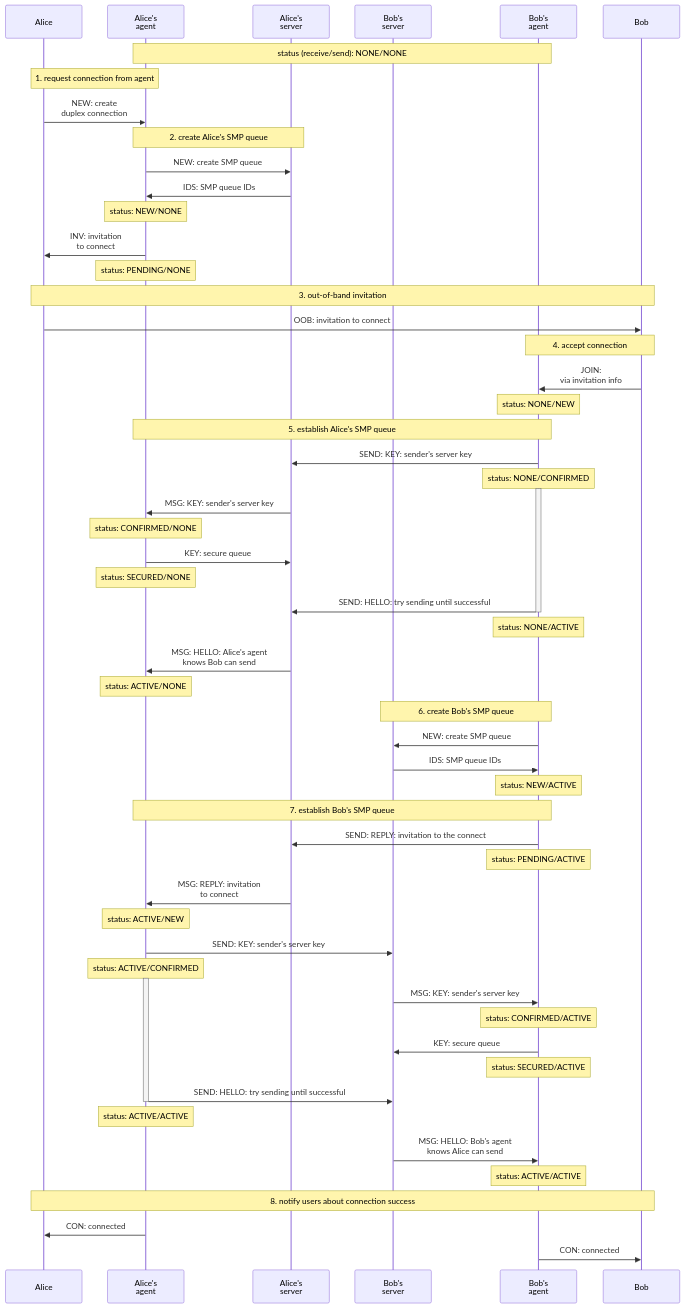
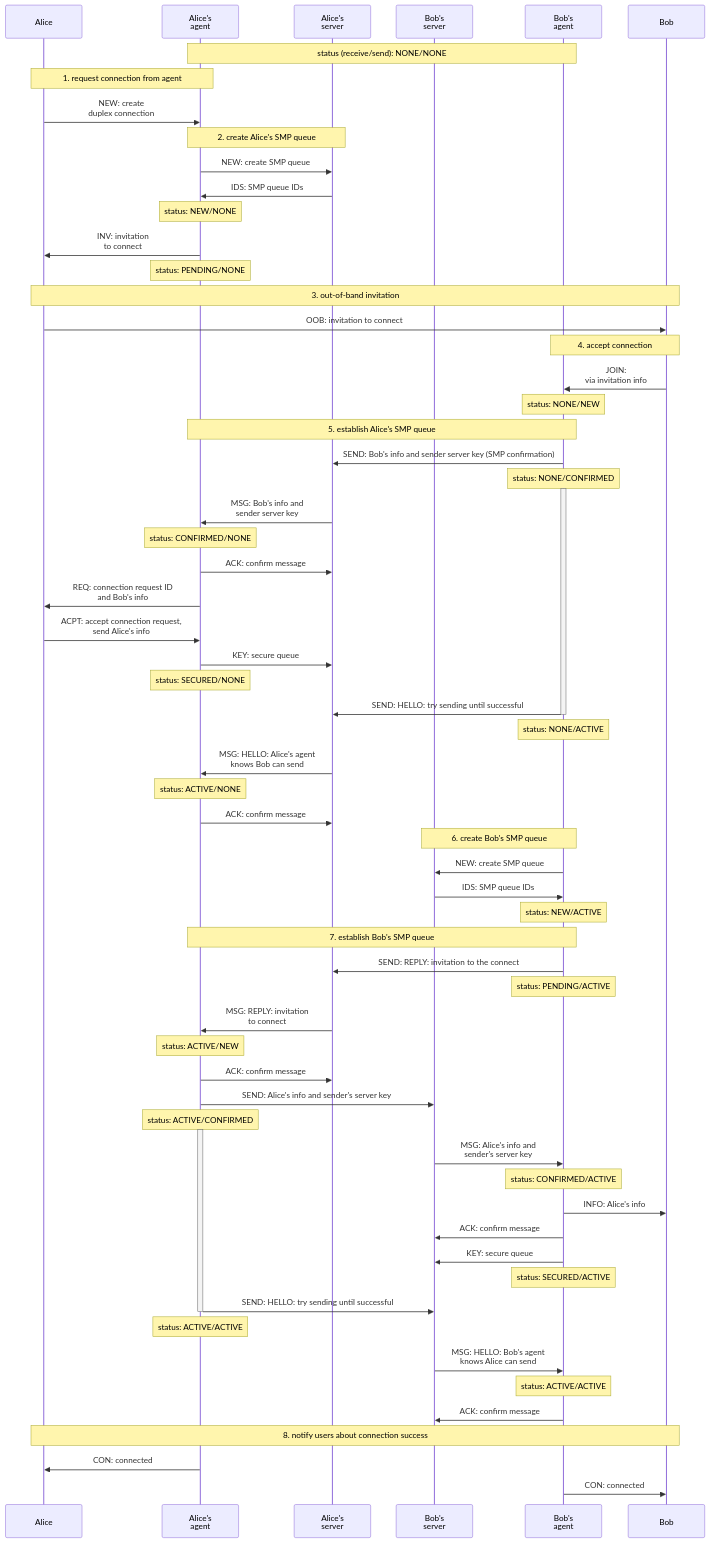
One commit to simplex-chat/simplexmq changed the diagram in protocol/diagrams/duplex-messaging/duplex-creating.mmd. Above: the diagram before and after it, drawn with Mermaid. The commit also changed 3 other files, not shown here.

```diff
--- a/protocol/diagrams/duplex-messaging/duplex-creating.mmd
+++ b/protocol/diagrams/duplex-messaging/duplex-creating.mmd
@@ -1,71 +1,79 @@
 sequenceDiagram
   participant A as Alice
   participant AA as Alice's<br>agent
   participant AS as Alice's<br>server
   participant BS as Bob's<br>server
   participant BA as Bob's<br>agent
   participant B as Bob
 
   note over AA, BA: status (receive/send): NONE/NONE
 
   note over A, AA: 1. request connection from agent
   A ->> AA: NEW: create<br>duplex connection
  
   note over AA, AS: 2. create Alice's SMP queue
   AA ->> AS: NEW: create SMP queue
   AS ->> AA: IDS: SMP queue IDs
   note over AA: status: NEW/NONE
 
   AA ->> A: INV: invitation<br>to connect
   note over AA: status: PENDING/NONE
 
   note over A, B: 3. out-of-band invitation
   A ->> B: OOB: invitation to connect
 
   note over BA, B: 4. accept connection
   B ->> BA: JOIN:<br>via invitation info
   note over BA: status: NONE/NEW
 
   note over BA, AA: 5. establish Alice's SMP queue
-  BA ->> AS: SEND: KEY: sender's server key
+  BA ->> AS: SEND: Bob's info and sender server key (SMP confirmation)
   note over BA: status: NONE/CONFIRMED
   activate BA
-  AS ->> AA: MSG: KEY: sender's server key
+  AS ->> AA: MSG: Bob's info and<br>sender server key
   note over AA: status: CONFIRMED/NONE
+  AA ->> AS: ACK: confirm message
+  AA ->> A: REQ: connection request ID<br>and Bob's info
+  A ->> AA: ACPT: accept connection request,<br>send Alice's info
   AA ->> AS: KEY: secure queue
   note over AA: status: SECURED/NONE
 
   BA ->> AS: SEND: HELLO: try sending until successful
   deactivate BA
   note over BA: status: NONE/ACTIVE
   AS ->> AA: MSG: HELLO: Alice's agent<br>knows Bob can send
   note over AA: status: ACTIVE/NONE
+  AA ->> AS: ACK: confirm message
 
   note over BA, BS: 6. create Bob's SMP queue
   BA ->> BS: NEW: create SMP queue
   BS ->> BA: IDS: SMP queue IDs
   note over BA: status: NEW/ACTIVE
 
   note over AA, BA: 7. establish Bob's SMP queue
   BA ->> AS: SEND: REPLY: invitation to the connect
   note over BA: status: PENDING/ACTIVE
   AS ->> AA: MSG: REPLY: invitation<br>to connect
   note over AA: status: ACTIVE/NEW
+  AA ->> AS: ACK: confirm message
 
-  AA ->> BS: SEND: KEY: sender's server key
+  AA ->> BS: SEND: Alice's info and sender's server key
   note over AA: status: ACTIVE/CONFIRMED
   activate AA
-  BS ->> BA: MSG: KEY: sender's server key
+  BS ->> BA: MSG: Alice's info and<br>sender's server key
   note over BA: status: CONFIRMED/ACTIVE
+  BA ->> B: INFO: Alice's info
+  BA ->> BS: ACK: confirm message
   BA ->> BS: KEY: secure queue
   note over BA: status: SECURED/ACTIVE
 
   AA ->> BS: SEND: HELLO: try sending until successful
   deactivate AA
   note over AA: status: ACTIVE/ACTIVE
   BS ->> BA: MSG: HELLO: Bob's agent<br>knows Alice can send
   note over BA: status: ACTIVE/ACTIVE
+  BA ->> BS: ACK: confirm message
 
   note over A, B: 8. notify users about connection success
   AA ->> A: CON: connected
   BA ->> B: CON: connected
```
